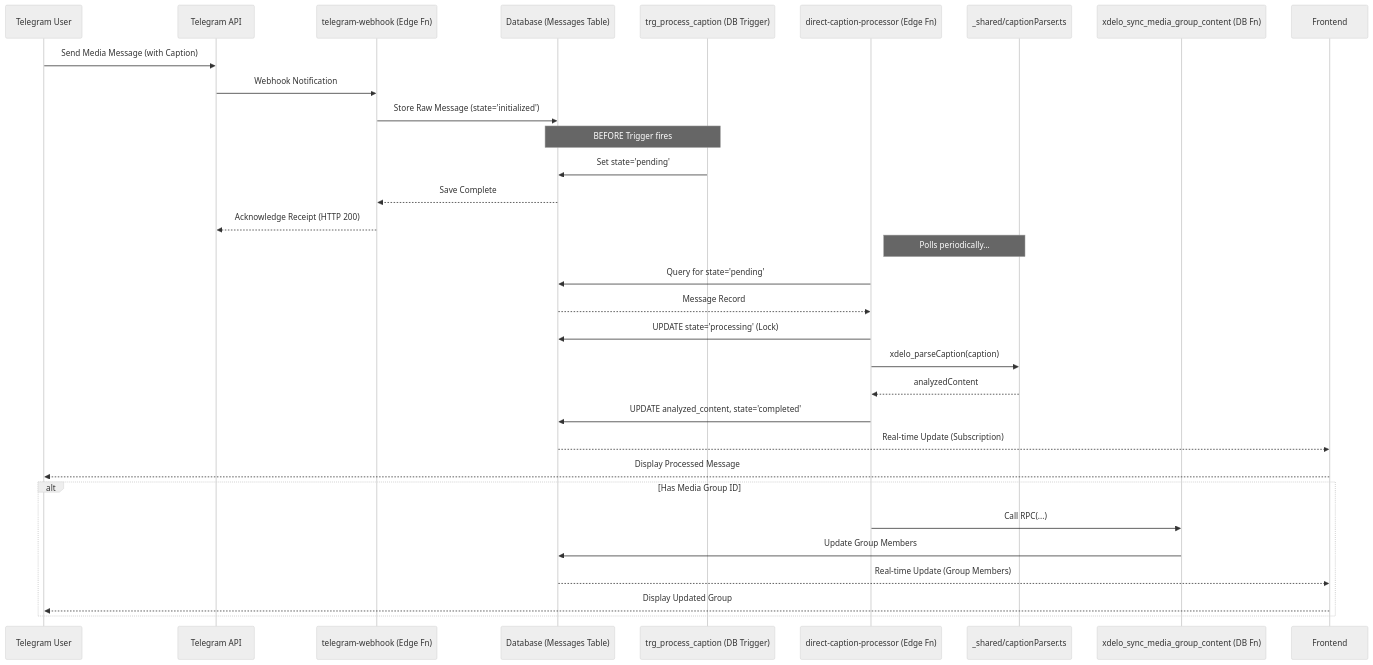
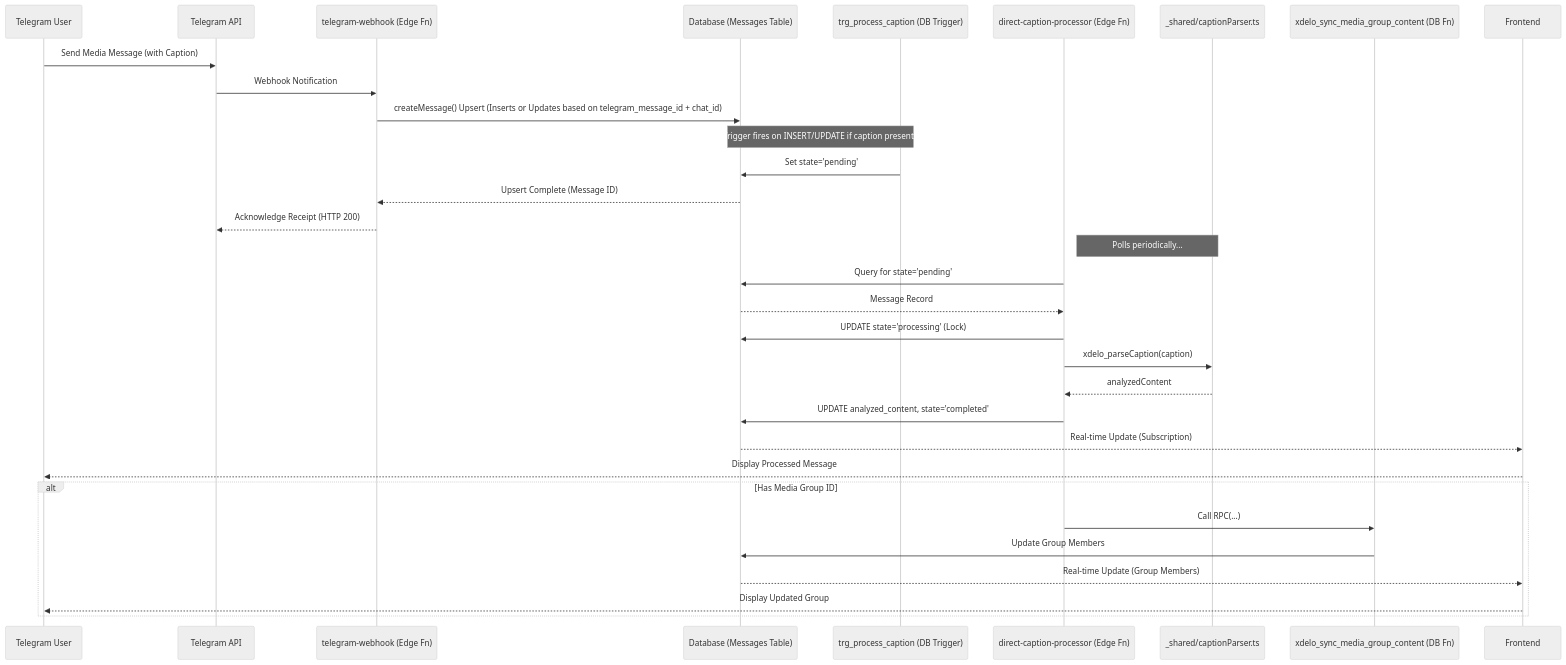
One commit to cmtkdot/xdelo-app changed the second of 5 diagrams in README.md. Above: the diagram before and after it, drawn with Mermaid (neutral theme). The commit also changed other lines of this file and 6 other files, not shown here.

First line of the commit message:
Update README and documentation to reflect changes in message handling and upsert logic

````diff
--- a/README.md
+++ b/README.md
@@ -249,37 +250,37 @@
 ```mermaid
 sequenceDiagram
     participant User as Telegram User
     participant TG as Telegram API
     participant W as telegram-webhook (Edge Fn)
     participant DB as Database (Messages Table)
     participant TRG as trg_process_caption (DB Trigger)
     participant EF as direct-caption-processor (Edge Fn)
     participant P as _shared/captionParser.ts
     participant SYNC as xdelo_sync_media_group_content (DB Fn)
     participant FE as Frontend
     
     User->>TG: Send Media Message (with Caption)
     TG->>W: Webhook Notification
-    W->>DB: Store Raw Message (state='initialized')
-    Note over DB, TRG: BEFORE Trigger fires
-    TRG->>DB: Set state='pending'
-    DB-->>W: Save Complete
-    W-->>TG: Acknowledge Receipt (HTTP 200)
+W->>DB: createMessage() Upsert (Inserts or Updates based on telegram_message_id + chat_id)
+Note over DB, TRG: BEFORE Trigger fires on INSERT/UPDATE if caption present/changed
+TRG->>DB: Set state='pending'
+DB-->>W: Upsert Complete (Message ID)
+W-->>TG: Acknowledge Receipt (HTTP 200)
     
     Note right of EF: Polls periodically...
     EF->>DB: Query for state='pending'
     DB-->>EF: Message Record
     EF->>DB: UPDATE state='processing' (Lock)
     EF->>P: xdelo_parseCaption(caption)
     P-->>EF: analyzedContent
     EF->>DB: UPDATE analyzed_content, state='completed'
     DB-->>FE: Real-time Update (Subscription)
     FE-->>User: Display Processed Message
     
     alt Has Media Group ID
       EF->>SYNC: Call RPC(...)
       SYNC->>DB: Update Group Members
       DB-->>FE: Real-time Update (Group Members)
       FE-->>User: Display Updated Group
     end
 ```
````
